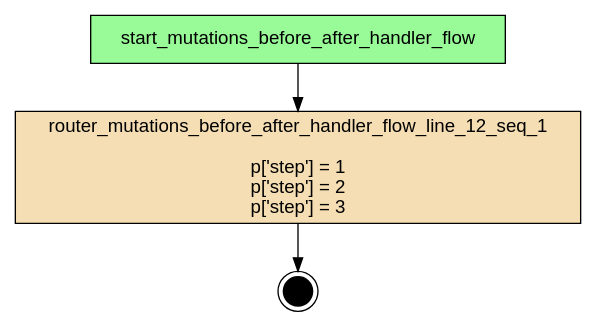
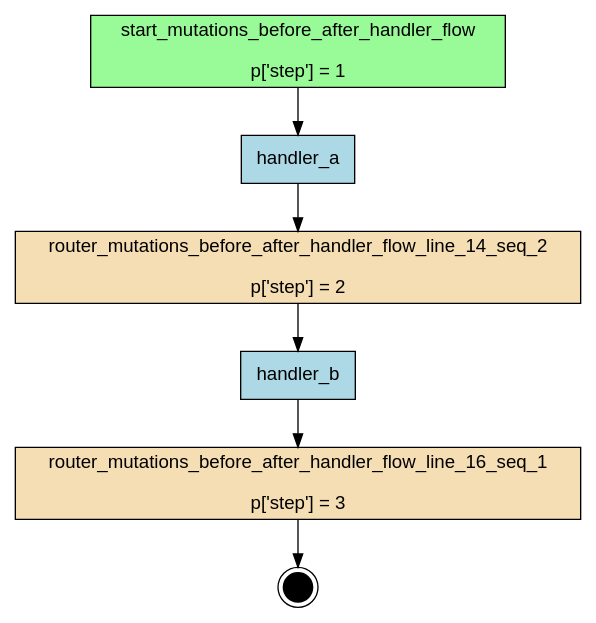
One commit to deliveryhero/asya changed the diagram in examples/flows/compiled/mutations_before_after_handler/flow.dot. Above: the diagram before and after it, drawn with Graphviz. The commit also changed 625 other files, not shown here.

```diff
--- a/examples/flows/compiled/mutations_before_after_handler/flow.dot
+++ b/examples/flows/compiled/mutations_before_after_handler/flow.dot
@@ -1,14 +1,20 @@
 digraph "mutations_before_after_handler_flow" {
     rankdir=TB;
     node [shape=box, style=filled, fontname="Helvetica"];
 
     { rank=source; start_mutations_before_after_handler_flow; }
 
-    router_mutations_before_after_handler_flow_line_12_seq_1 [label="router_mutations_before_after_handler_flow_line_12_seq_1\n\np['step'] = 1\np['step'] = 2\np['step'] = 3", fillcolor=wheat];
-    start_mutations_before_after_handler_flow [label="start_mutations_before_after_handler_flow", fillcolor=palegreen];
+    handler_a [label="handler_a", fillcolor=lightblue];
+    handler_b [label="handler_b", fillcolor=lightblue];
+    router_mutations_before_after_handler_flow_line_14_seq_2 [label="router_mutations_before_after_handler_flow_line_14_seq_2\n\np['step'] = 2", fillcolor=wheat];
+    router_mutations_before_after_handler_flow_line_16_seq_1 [label="router_mutations_before_after_handler_flow_line_16_seq_1\n\np['step'] = 3", fillcolor=wheat];
+    start_mutations_before_after_handler_flow [label="start_mutations_before_after_handler_flow\n\np['step'] = 1", fillcolor=palegreen];
 
     __end__ [label="", shape=doublecircle, fillcolor=black, width=0.3, fixedsize=true];
 
-    start_mutations_before_after_handler_flow -> router_mutations_before_after_handler_flow_line_12_seq_1;
-    router_mutations_before_after_handler_flow_line_12_seq_1 -> __end__;
+    start_mutations_before_after_handler_flow -> handler_a;
+    handler_a -> router_mutations_before_after_handler_flow_line_14_seq_2;
+    router_mutations_before_after_handler_flow_line_14_seq_2 -> handler_b;
+    handler_b -> router_mutations_before_after_handler_flow_line_16_seq_1;
+    router_mutations_before_after_handler_flow_line_16_seq_1 -> __end__;
 }
```
